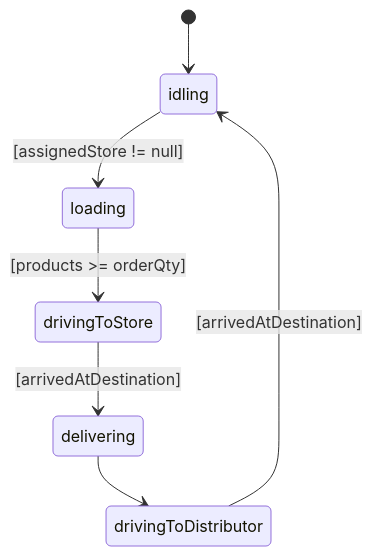
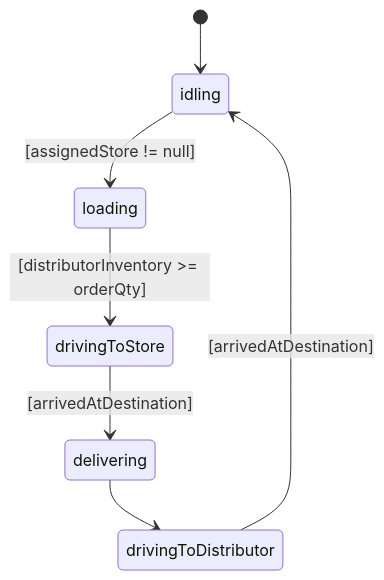
One commit to jarrettmeyer/anylogic-examples changed the diagram in SupplyChain/README.md. Above: the diagram before and after it, drawn with Mermaid. The commit also changed other lines of this file and 5 other files, not shown here.

First line of the commit message:
Rename SD stock from products to distributorInventory

````diff
--- a/SupplyChain/README.md
+++ b/SupplyChain/README.md
@@ -27,9 +27,9 @@
 ```mermaid
 stateDiagram-v2
     [*] --> idling
     idling --> loading : [assignedStore != null]
-    loading --> drivingToStore : [products >= orderQty]
+    loading --> drivingToStore : [distributorInventory >= orderQty]
     drivingToStore --> delivering : [arrivedAtDestination]
     delivering --> drivingToDistributor
     drivingToDistributor --> idling : [arrivedAtDestination]
 ```
````
